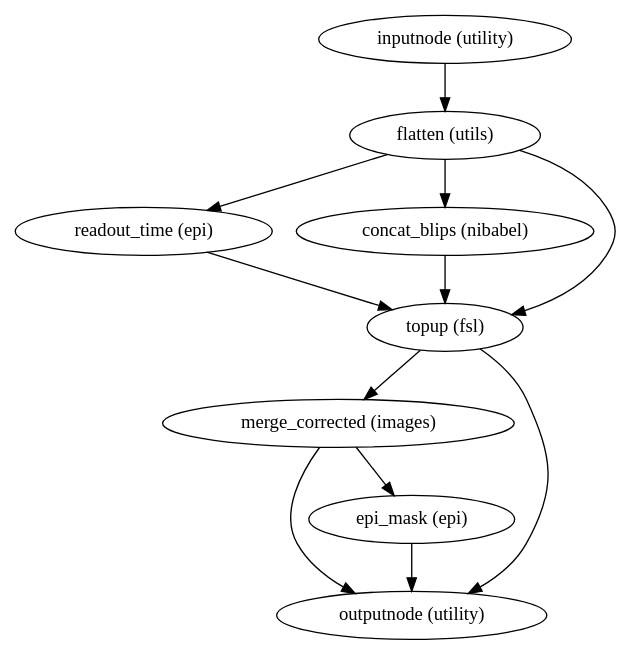
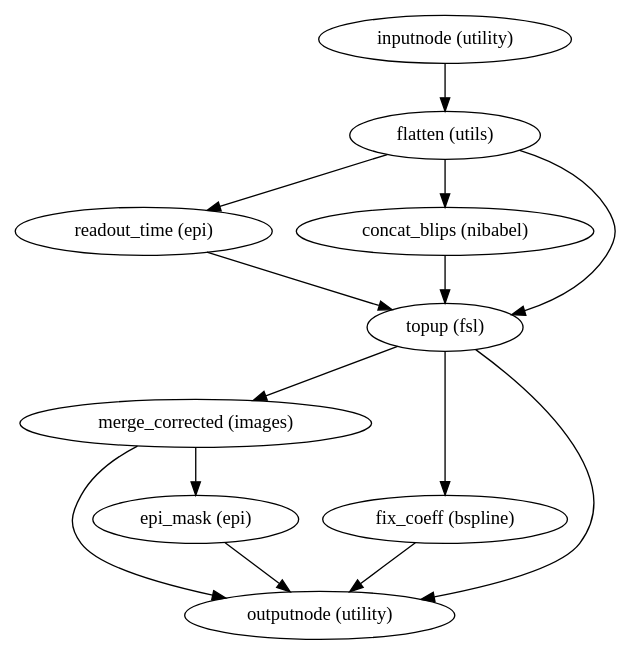
One commit to wayne009007/sdcflows changed the diagram in 1.4.0rc0/wf_directive/api/pepolar_estimate_wf/sdcflows-workflows-fit-pepolar-2.dot. Above: the diagram before and after it, drawn with Graphviz. The commit also changed 2172 other files, not shown here.

```diff
--- a/1.4.0rc0/wf_directive/api/pepolar_estimate_wf/sdcflows-workflows-fit-pepolar-2.dot
+++ b/1.4.0rc0/wf_directive/api/pepolar_estimate_wf/sdcflows-workflows-fit-pepolar-2.dot
@@ -1,21 +1,24 @@
 strict digraph  {
 "inputnode (utility)";
 "flatten (utils)";
 "readout_time (epi)";
 "concat_blips (nibabel)";
 "topup (fsl)";
 "merge_corrected (images)";
+"fix_coeff (bspline)";
 "outputnode (utility)";
 "epi_mask (epi)";
 "inputnode (utility)" -> "flatten (utils)";
 "flatten (utils)" -> "readout_time (epi)";
 "flatten (utils)" -> "concat_blips (nibabel)";
 "flatten (utils)" -> "topup (fsl)";
 "readout_time (epi)" -> "topup (fsl)";
 "concat_blips (nibabel)" -> "topup (fsl)";
 "topup (fsl)" -> "merge_corrected (images)";
+"topup (fsl)" -> "fix_coeff (bspline)";
 "topup (fsl)" -> "outputnode (utility)";
 "merge_corrected (images)" -> "epi_mask (epi)";
 "merge_corrected (images)" -> "outputnode (utility)";
+"fix_coeff (bspline)" -> "outputnode (utility)";
 "epi_mask (epi)" -> "outputnode (utility)";
 }
```
